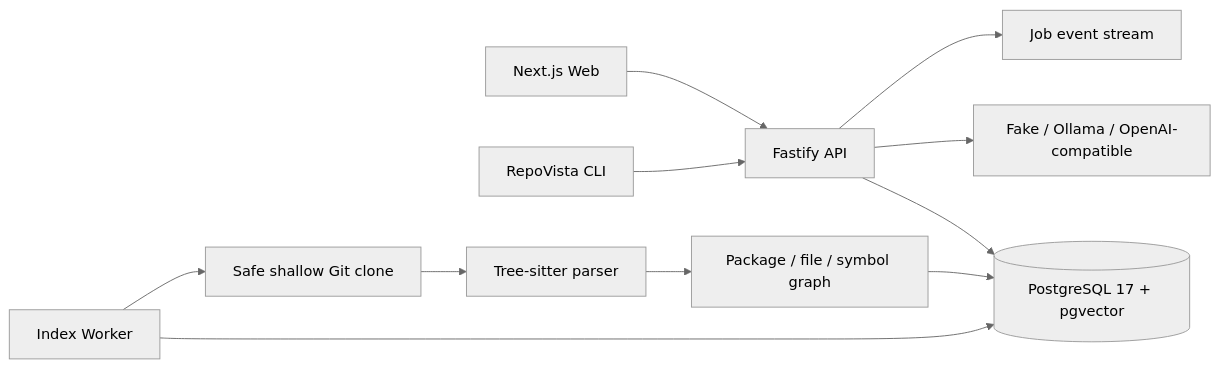
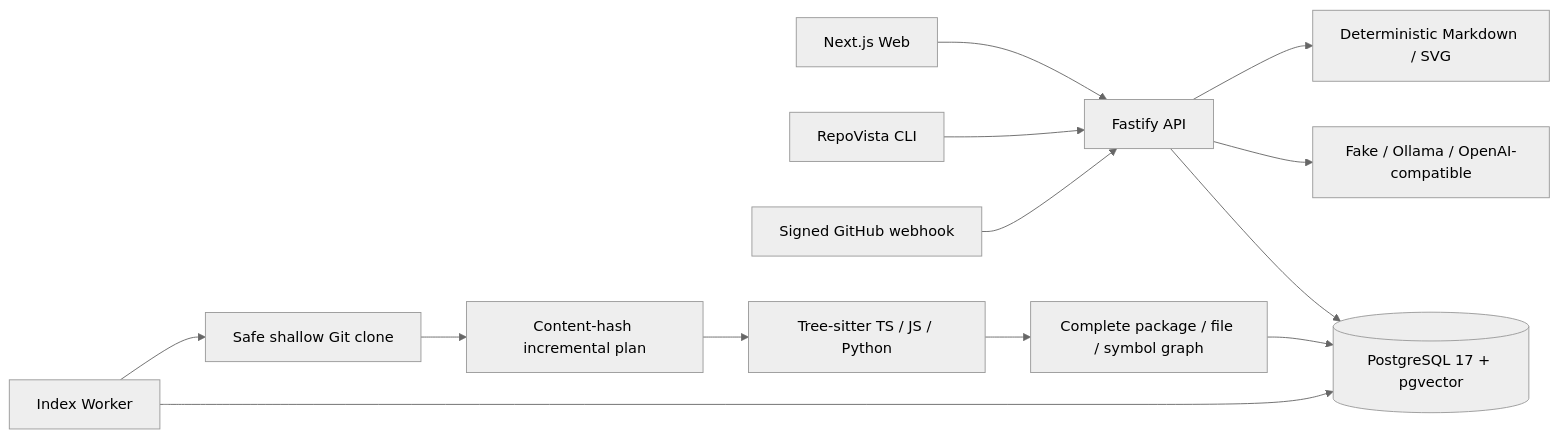
Before and after one commit to githubyangjiaxun/repovista: the diagram in README.md, drawn with Mermaid (neutral theme). The commit also changed other lines of this file and 22 other files, not shown here.

````diff
--- a/README.md
+++ b/README.md
@@ -118,13 +124,15 @@
 ```mermaid
 flowchart LR
     Browser[Next.js Web] --> API[Fastify API]
     CLI[RepoVista CLI] --> API
+    GitHub[Signed GitHub webhook] --> API
     API --> PG[(PostgreSQL 17 + pgvector)]
     API --> Model[Fake / Ollama / OpenAI-compatible]
-    API --> SSE[Job event stream]
+    API --> Export[Deterministic Markdown / SVG]
     Worker[Index Worker] --> PG
     Worker --> Git[Safe shallow Git clone]
-    Git --> Parser[Tree-sitter parser]
-    Parser --> Graph[Package / file / symbol graph]
+    Git --> Plan[Content-hash incremental plan]
+    Plan --> Parser[Tree-sitter TS / JS / Python]
+    Parser --> Graph[Complete package / file / symbol graph]
     Graph --> PG
 ```
````
